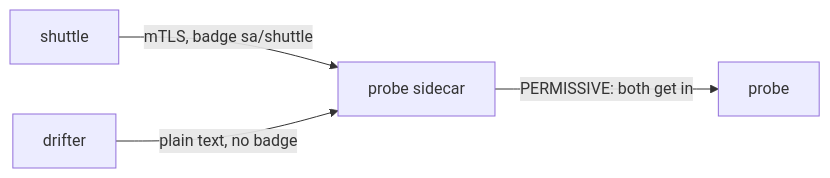
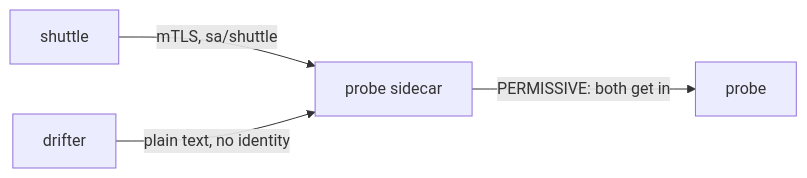
The first of 2 diagrams in sections/section-010/module-02/course-01-two-callers-one-default.md (astrona-io/ATS015), drawn with Mermaid before and after one commit. The commit also changed other lines of this file and 44 other files, not shown here.

````diff
--- a/sections/section-010/module-02/course-01-two-callers-one-default.md
+++ b/sections/section-010/module-02/course-01-two-callers-one-default.md
@@ -38,6 +38,6 @@
 ```mermaid
 flowchart LR
-    S["shuttle"] -->|"mTLS, badge sa/shuttle"| O["probe sidecar"]
-    D["drifter"] -->|"plain text, no badge"| O
+    S["shuttle"] -->|"mTLS, sa/shuttle"| O["probe sidecar"]
+    D["drifter"] -->|"plain text, no identity"| O
     O -->|"PERMISSIVE: both get in"| P["probe"]
 ```
````
